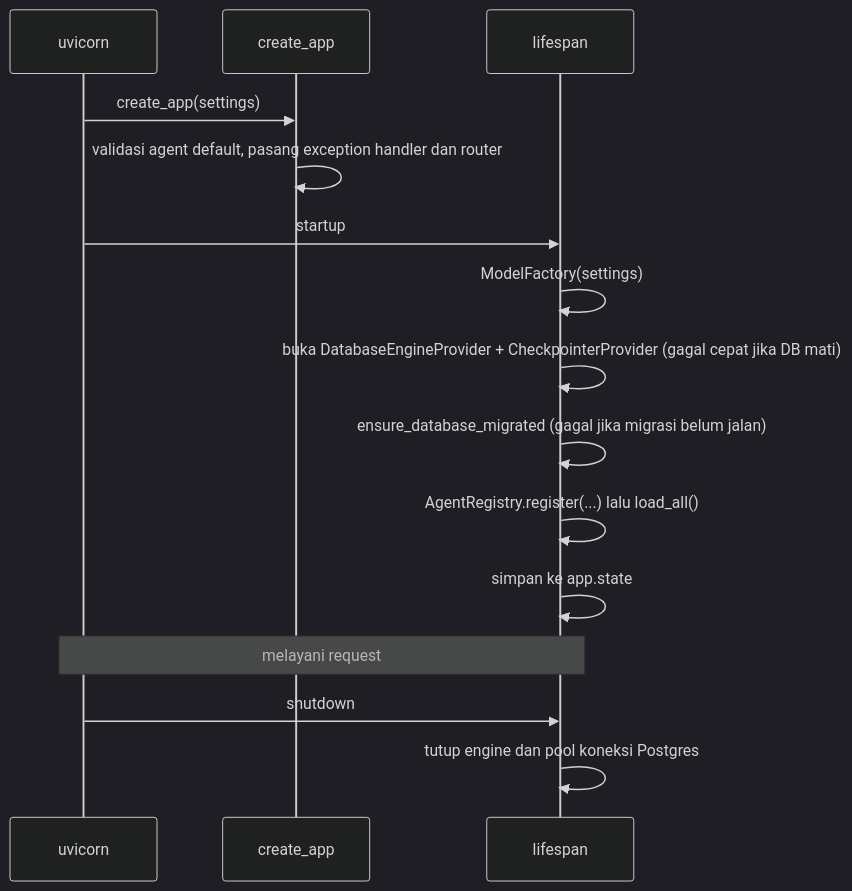
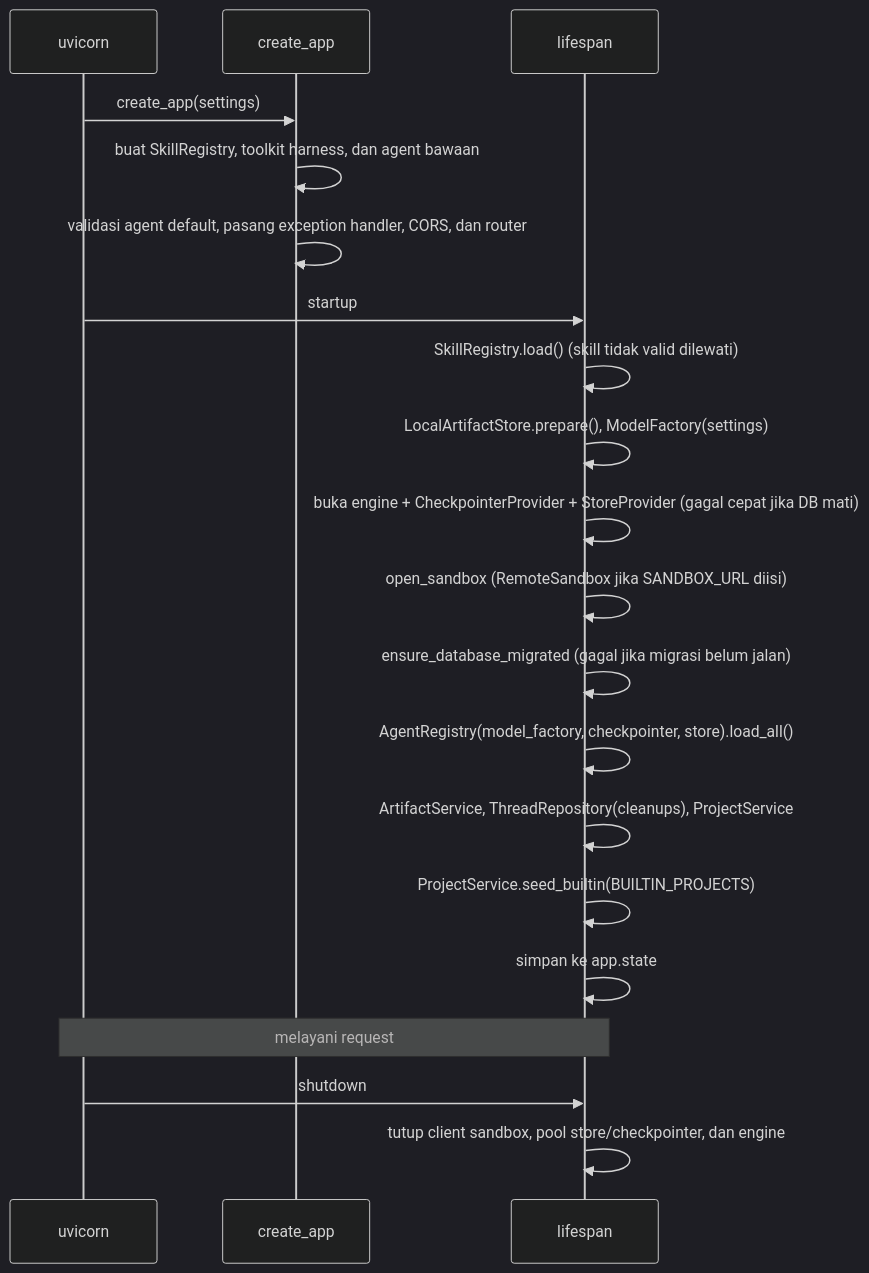
Before and after one commit to nurgoni/langgraph-agent: the first of 2 diagrams in docs/ARCHITECTURE.md, drawn with Mermaid (dark theme). The commit also changed other lines of this file and 5 other files, not shown here.

First line of the commit message:
docs: add data model erd and sync docs with v0.7.0

````diff
--- a/docs/ARCHITECTURE.md
+++ b/docs/ARCHITECTURE.md
@@ -56,17 +81,22 @@
 ```mermaid
 sequenceDiagram
     participant U as uvicorn
     participant A as create_app
     participant L as lifespan
     U->>A: create_app(settings)
-    A->>A: validasi agent default, pasang exception handler dan router
+    A->>A: buat SkillRegistry, toolkit harness, dan agent bawaan
+    A->>A: validasi agent default, pasang exception handler, CORS, dan router
     U->>L: startup
-    L->>L: ModelFactory(settings)
-    L->>L: buka DatabaseEngineProvider + CheckpointerProvider (gagal cepat jika DB mati)
+    L->>L: SkillRegistry.load() (skill tidak valid dilewati)
+    L->>L: LocalArtifactStore.prepare(), ModelFactory(settings)
+    L->>L: buka engine + CheckpointerProvider + StoreProvider (gagal cepat jika DB mati)
+    L->>L: open_sandbox (RemoteSandbox jika SANDBOX_URL diisi)
     L->>L: ensure_database_migrated (gagal jika migrasi belum jalan)
-    L->>L: AgentRegistry.register(...) lalu load_all()
+    L->>L: AgentRegistry(model_factory, checkpointer, store).load_all()
+    L->>L: ArtifactService, ThreadRepository(cleanups), ProjectService
+    L->>L: ProjectService.seed_builtin(BUILTIN_PROJECTS)
     L->>L: simpan ke app.state
     Note over U,L: melayani request
     U->>L: shutdown
-    L->>L: tutup engine dan pool koneksi Postgres
+    L->>L: tutup client sandbox, pool store/checkpointer, dan engine
 ```
````
